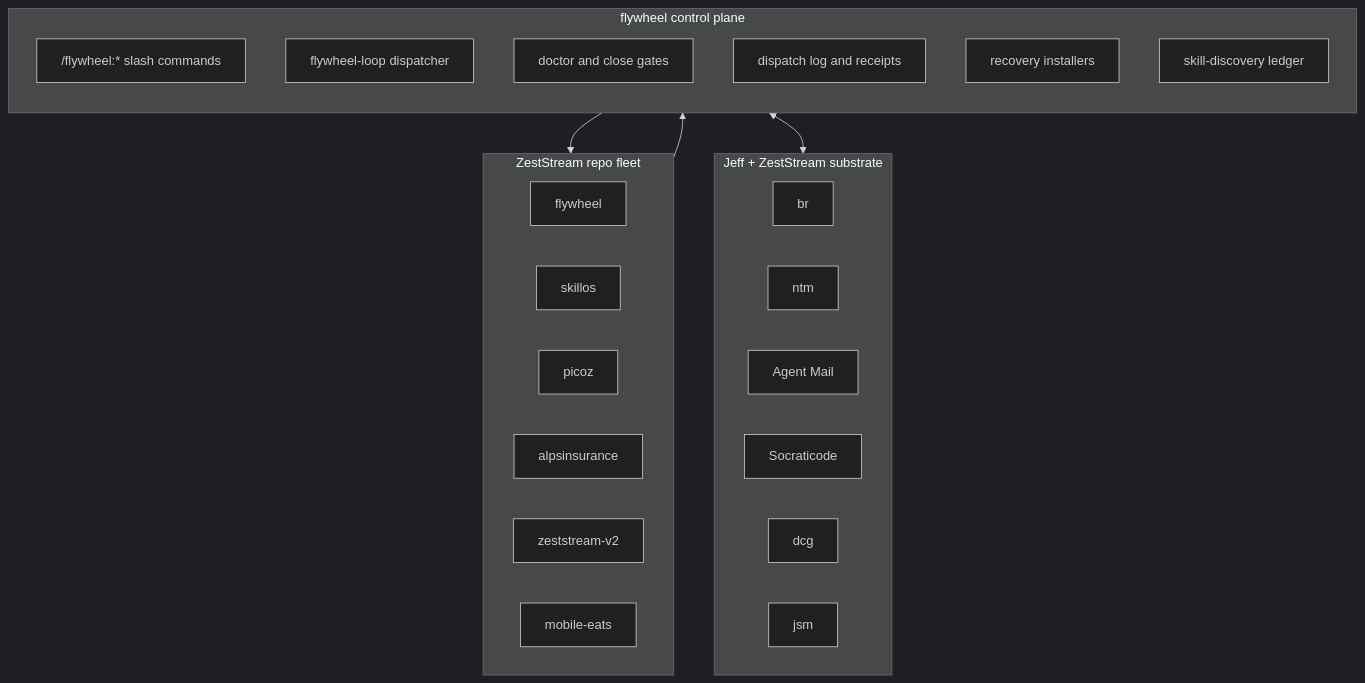
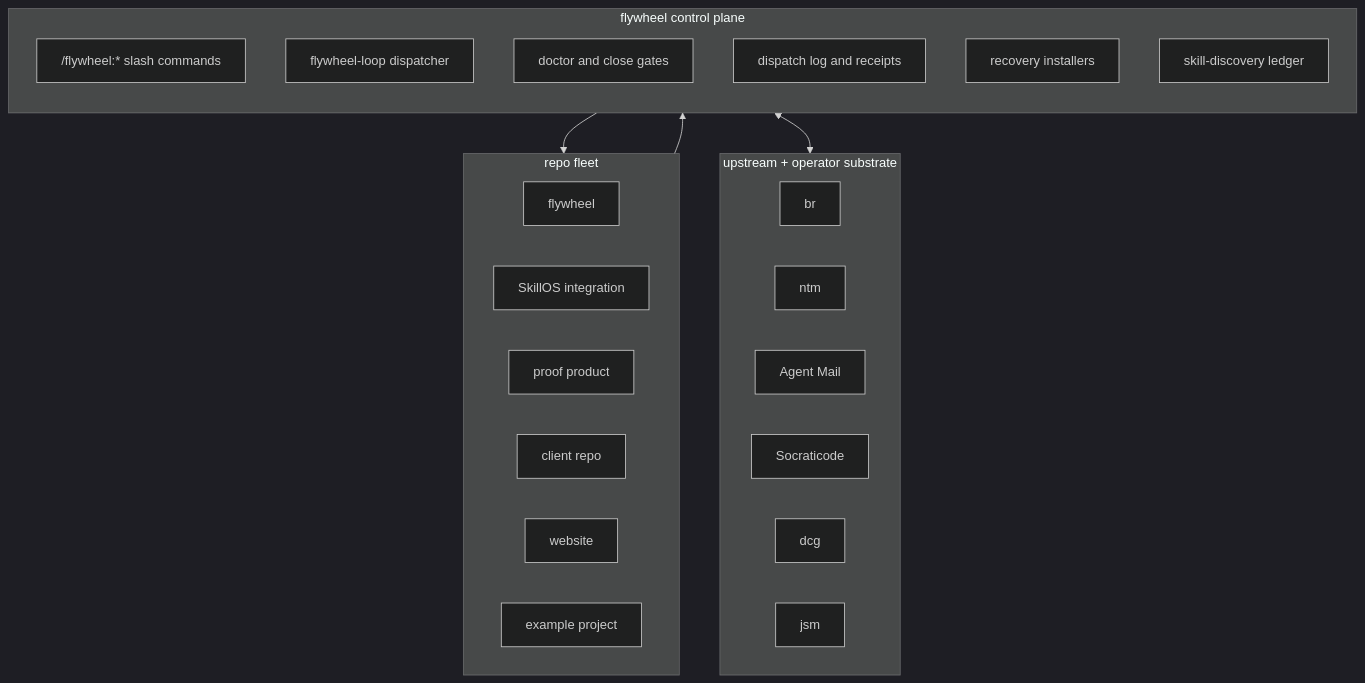
Before and after one commit to JYeswak/flywheel: the diagram in ARCHITECTURE.md, drawn with Mermaid (dark theme). The commit also changed other lines of this file and 448 other files, not shown here.

````diff
--- a/ARCHITECTURE.md
+++ b/ARCHITECTURE.md
@@ -17,36 +17,36 @@
 ```mermaid
 flowchart TB
-    subgraph fleet["ZestStream repo fleet"]
+    subgraph fleet["repo fleet"]
         direction LR
         A[flywheel]
-        B[skillos]
-        C[picoz]
-        D[alpsinsurance]
-        E[zeststream-v2]
-        F[mobile-eats]
+        B["SkillOS integration"]
+        C["proof product"]
+        D["client repo"]
+        E["website"]
+        F["example project"]
     end
 
     subgraph control["flywheel control plane"]
         direction TB
         P1["/flywheel:* slash commands"]
         P2["flywheel-loop dispatcher"]
         P3["doctor and close gates"]
         P4["dispatch log and receipts"]
         P5["recovery installers"]
         P6["skill-discovery ledger"]
     end
 
-    subgraph substrate["Jeff + ZestStream substrate"]
+    subgraph substrate["upstream + operator substrate"]
         direction LR
         S1[br]
         S2[ntm]
         S3[Agent Mail]
         S4[Socraticode]
         S5[dcg]
         S6[jsm]
     end
 
     fleet --> control
     control --> fleet
     control <--> substrate
 ```
````
